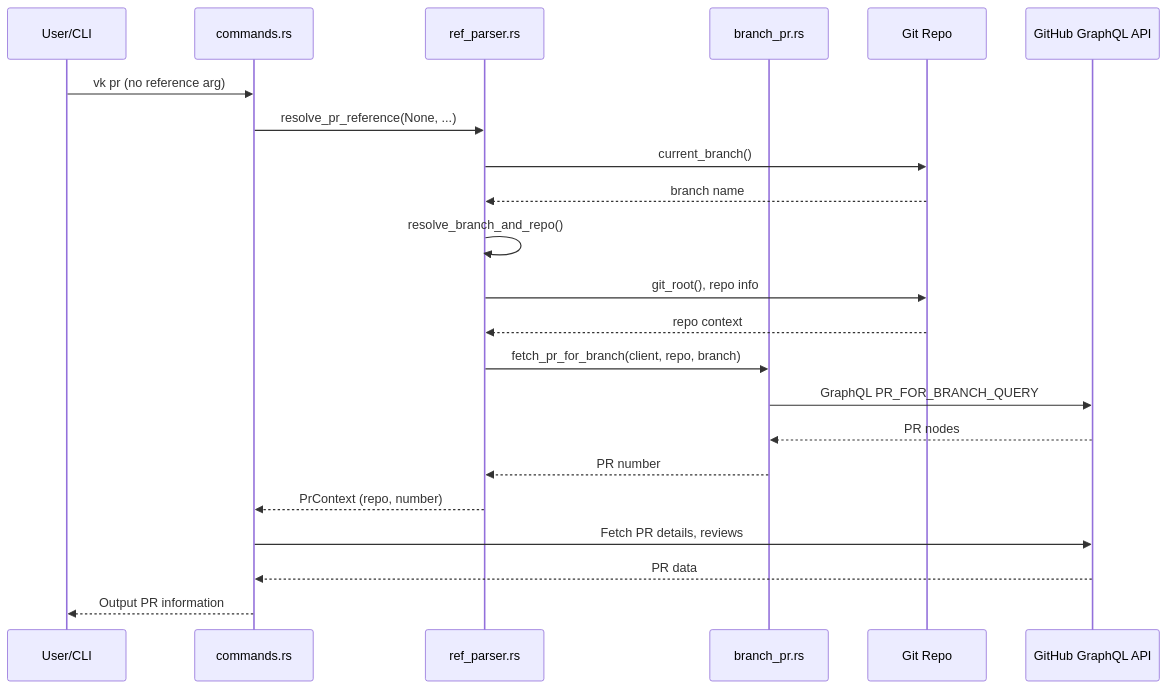
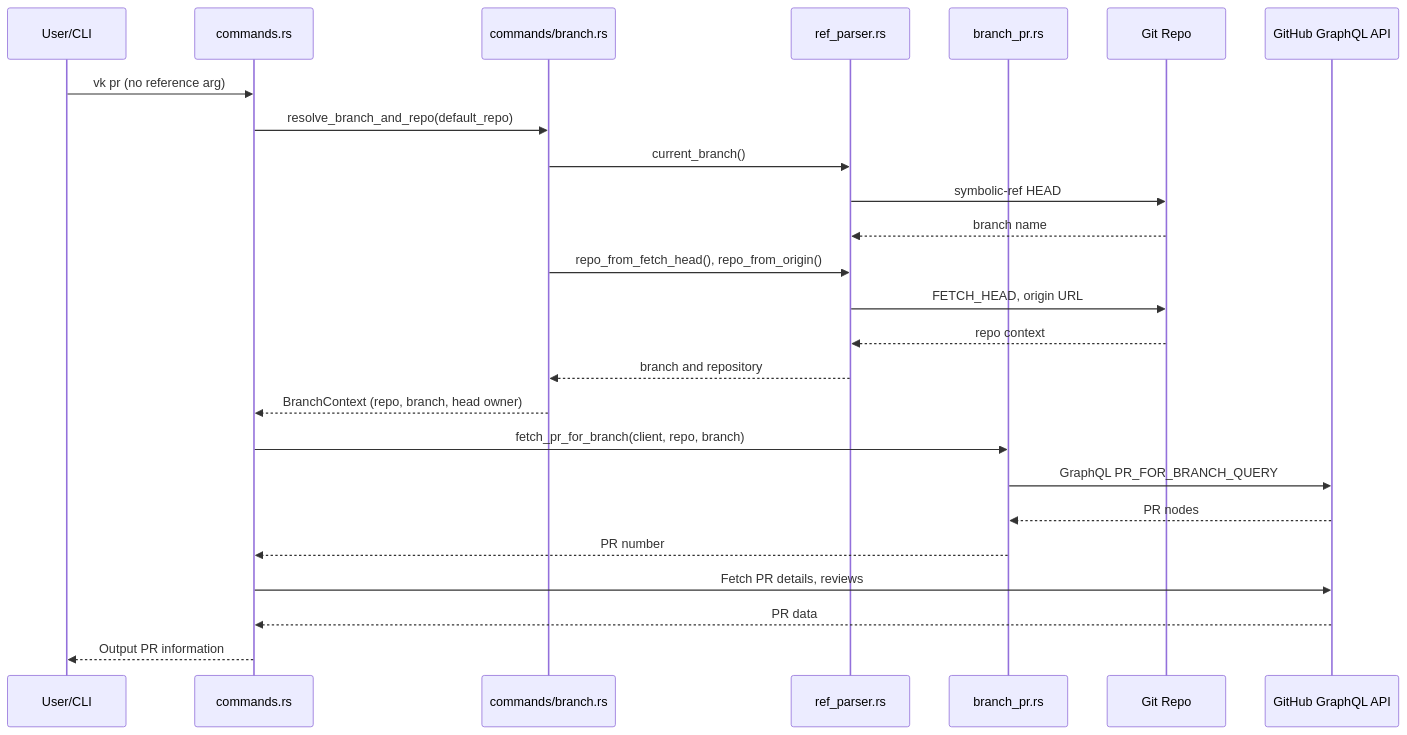
The fifth of 5 diagrams in docs/vk-design.md (leynos/vk), drawn with Mermaid before and after one commit. The commit also changed other lines of this file and 12 other files, not shown here.

````diff
--- a/docs/vk-design.md
+++ b/docs/vk-design.md
@@ -335,25 +335,28 @@
 ```mermaid
 sequenceDiagram
     participant User as User/CLI
     participant Cmd as commands.rs
+    participant Branch as commands/branch.rs
     participant RefParse as ref_parser.rs
     participant BranchPR as branch_pr.rs
     participant Git as Git Repo
     participant API as GitHub GraphQL API
 
     User->>Cmd: vk pr (no reference arg)
-    Cmd->>RefParse: resolve_pr_reference(None, ...)
-    RefParse->>Git: current_branch()
+    Cmd->>Branch: resolve_branch_and_repo(default_repo)
+    Branch->>RefParse: current_branch()
+    RefParse->>Git: symbolic-ref HEAD
     Git-->>RefParse: branch name
-    RefParse->>RefParse: resolve_branch_and_repo()
-    RefParse->>Git: git_root(), repo info
+    Branch->>RefParse: repo_from_fetch_head(), repo_from_origin()
+    RefParse->>Git: FETCH_HEAD, origin URL
     Git-->>RefParse: repo context
-    RefParse->>BranchPR: fetch_pr_for_branch(client, repo, branch)
+    RefParse-->>Branch: branch and repository
+    Branch-->>Cmd: BranchContext (repo, branch, head owner)
+    Cmd->>BranchPR: fetch_pr_for_branch(client, repo, branch)
     BranchPR->>API: GraphQL PR_FOR_BRANCH_QUERY
     API-->>BranchPR: PR nodes
-    BranchPR-->>RefParse: PR number
-    RefParse-->>Cmd: PrContext (repo, number)
+    BranchPR-->>Cmd: PR number
     Cmd->>API: Fetch PR details, reviews
     API-->>Cmd: PR data
     Cmd-->>User: Output PR information
 ```
````
